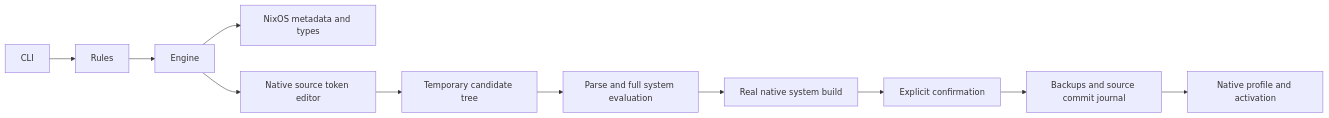
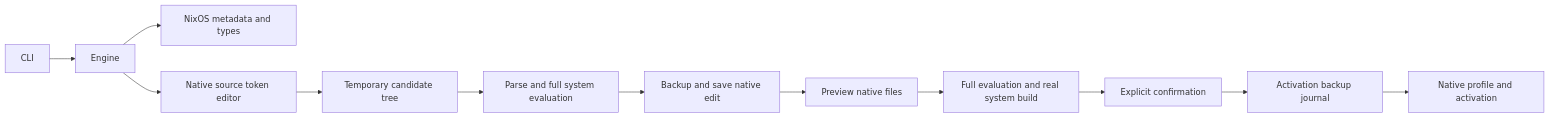
Before and after one commit to aeronwtf11/AceNix: the diagram in docs/ARCHITECTURE.md, drawn with Mermaid. The commit also changed other lines of this file and 26 other files, not shown here.

Commit message:
Edit native NixOS files directly by default with recoverable source history

````diff
--- a/docs/ARCHITECTURE.md
+++ b/docs/ARCHITECTURE.md
@@ -23,13 +23,14 @@
 ```mermaid
 flowchart LR
-  CLI --> Rules
-  Rules --> Engine
+  CLI --> Engine
   Engine --> Metadata[NixOS metadata and types]
   Engine --> Editor[Native source token editor]
   Editor --> Candidate[Temporary candidate tree]
   Candidate --> Evaluate[Parse and full system evaluation]
-  Evaluate --> Build[Real native system build]
+  Evaluate --> Save[Backup and save native edit]
+  Save --> Review[Preview native files]
+  Review --> Build[Full evaluation and real system build]
   Build --> Confirm[Explicit confirmation]
-  Confirm --> Journal[Backups and source commit journal]
+  Confirm --> Journal[Activation backup journal]
   Journal --> Activate[Native profile and activation]
 ```
````
